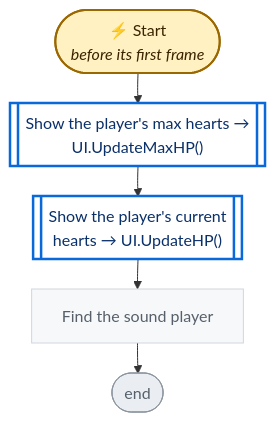
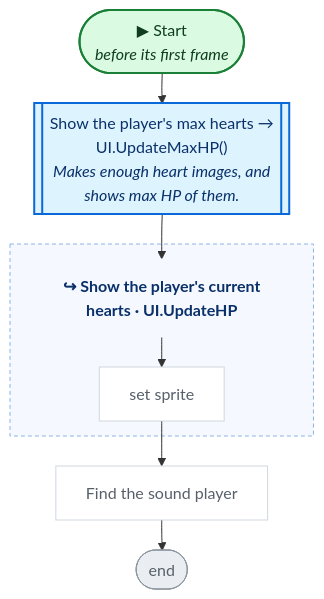
One commit to nataiai/Lord-of-the-Dungeon changed the third of 7 diagrams in CodeGraph~/graph/GameManager.cs.md. Above: the diagram before and after it, drawn with Mermaid. The commit also changed other lines of this file and 44 other files, not shown here.

````diff
--- a/CodeGraph~/graph/GameManager.cs.md
+++ b/CodeGraph~/graph/GameManager.cs.md
@@ -137,33 +144,45 @@
 ```mermaid
 ---
 config:
   flowchart:
     wrappingWidth: 260
     nodeSpacing: 26
     rankSpacing: 30
 ---
 flowchart TD
-  nS(["⚡ Start<br><i>before its first frame</i>"])
-  nfb15c5[["Show the player's max hearts →<br>UI.UpdateMaxHP()"]]
-  nfdebc6[["Show the player's current<br>hearts → UI.UpdateHP()"]]
+  nS(["▶ Start<br><i>before its first frame</i>"])
+  nfb15c5[["Show the player's max hearts →<br>UI.UpdateMaxHP()<br><i>Makes enough heart images, and</i><br><i>shows max HP of them.</i>"]]
+  nfdebc6_h["↪ Show the player's current<br>hearts · UI.UpdateHP"]
+  nfdebc6_nafbf9f["set sprite"]
   n6ae454["Find the sound player"]
   nE(["end"])
+  subgraph nfdebc6_g[" "]
+    nfdebc6_h
+    nfdebc6_nafbf9f
+  end
+  style nfdebc6_g fill:#f5f9ff,stroke:#8cb4e8,stroke-dasharray:4 3,color:#0a3069
   nS --> nfb15c5
-  nfb15c5 --> nfdebc6
-  nfdebc6 --> n6ae454
+  nfb15c5 --> nfdebc6_h
   n6ae454 --> nE
-  classDef unity fill:#fff1c2,stroke:#9a6700,stroke-width:2px,color:#3b2300
-  classDef start fill:#ddf4ff,stroke:#0969da,stroke-width:2px,color:#0a3069
-  classDef calc fill:#f6f8fa,stroke:#d0d7de,color:#57606a
-  classDef calls fill:#ffffff,stroke:#0969da,stroke-width:2.5px,color:#0a3069
-  classDef cond fill:#ffffff,stroke:#6e7781,stroke-width:1.5px,color:#1f2328
-  classDef loop fill:#fbefff,stroke:#8250df,color:#3e1f79
-  classDef exit fill:#eaeef2,stroke:#57606a,color:#24292f
-  classDef wait fill:#fff8f0,stroke:#bc4c00,color:#4d1d00
+  nfdebc6_h --> nfdebc6_nafbf9f
+  nfdebc6_nafbf9f --> n6ae454
+  classDef unity fill:#dafbe1,stroke:#1a7f37,stroke-width:2px,color:#0f3d1d
+  classDef start fill:#dafbe1,stroke:#1a7f37,stroke-width:2px,color:#0f3d1d
+  classDef calc fill:#ffffff,stroke:#d0d7de,color:#57606a
+  classDef calls fill:#ddf4ff,stroke:#0969da,stroke-width:2px,color:#0a3069
+  classDef ext fill:#ddf4ff,stroke:#0969da,stroke-width:2px,stroke-dasharray:5 3,color:#0a3069
+  classDef cond fill:#fff8c5,stroke:#bf8700,stroke-width:1.5px,color:#3d2a00
+  classDef loop fill:#f6f8fa,stroke:#57606a,color:#1f2328
+  classDef exit fill:#ffebe9,stroke:#cf222e,color:#82071e
+  classDef kill fill:#ffebe9,stroke:#cf222e,stroke-width:2px,color:#82071e
+  classDef spawn fill:#dafbe1,stroke:#1a7f37,stroke-width:2px,color:#0f3d1d
+  classDef wait fill:#fff1e5,stroke:#bc4c00,color:#4d1d00
   classDef fin fill:#eaeef2,stroke:#8c959f,color:#57606a
   classDef join fill:#d0d7de,stroke:#8c959f,color:#57606a
-  class n6ae454 calc
-  class nfb15c5,nfdebc6 calls
+  classDef ghdr fill:#f5f9ff,stroke:#f5f9ff,color:#0a3069,font-weight:bold
+  class nfdebc6_nafbf9f,n6ae454 calc
+  class nfb15c5 calls
   class nE fin
+  class nfdebc6_h ghdr
   class nS unity
 ```
````
